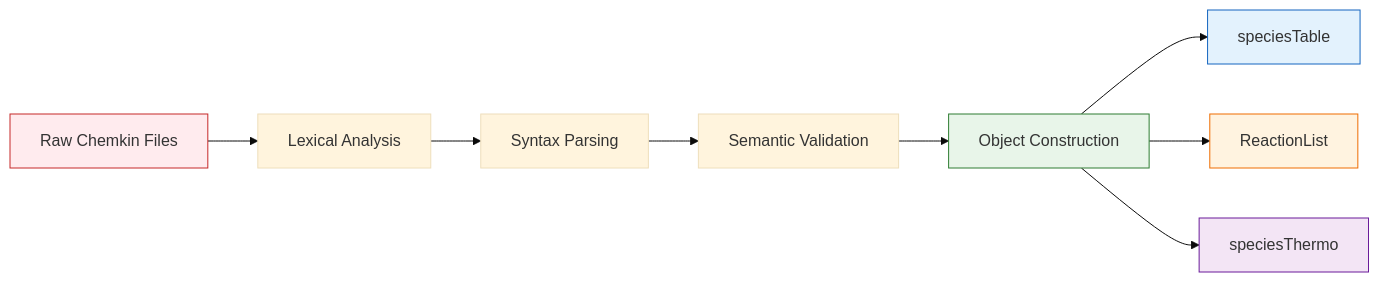
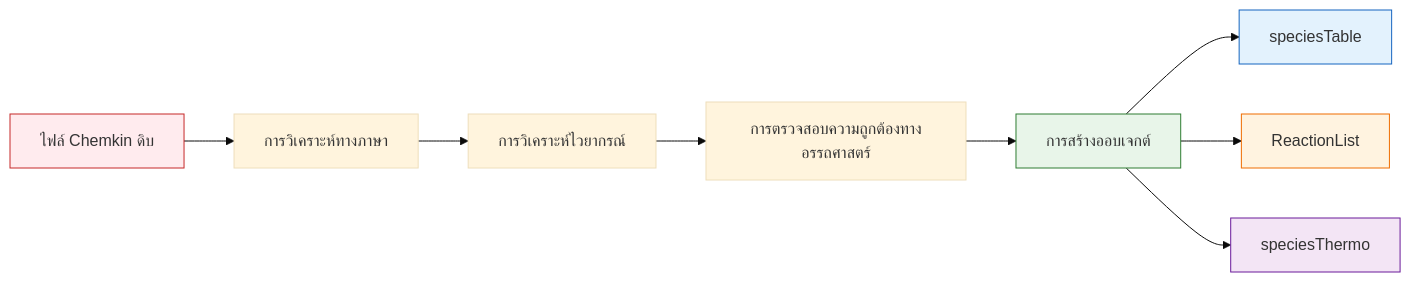
Before and after one commit to wramet/build-my-cfd: the second of 2 diagrams in MODULE_06_ADVANCED_PHYSICS/CONTENT/03_REACTING_FLOWS/04_Chemkin_Parsing.md, drawn with Mermaid (base theme). The commit also changed other lines of this file and 104 other files, not shown here.

````diff
--- a/MODULE_06_ADVANCED_PHYSICS/CONTENT/03_REACTING_FLOWS/04_Chemkin_Parsing.md
+++ b/MODULE_06_ADVANCED_PHYSICS/CONTENT/03_REACTING_FLOWS/04_Chemkin_Parsing.md
@@ -250,17 +250,17 @@
 ```mermaid
 flowchart LR
-    A[Raw Chemkin Files] --> B[Lexical Analysis]
-    B --> C[Syntax Parsing]
-    C --> D[Semantic Validation]
-    D --> E[Object Construction]
+    A[ไฟล์ Chemkin ดิบ] --> B[การวิเคราะห์ทางภาษา]
+    B --> C[การวิเคราะห์ไวยากรณ์]
+    C --> D[การตรวจสอบความถูกต้องทางอรรถศาสตร์]
+    D --> E[การสร้างออบเจกต์]
 
     E --> F[speciesTable]
     E --> G[ReactionList]
     E --> H[speciesThermo]
 
     style A fill:#ffebee,stroke:#c62828
     style E fill:#e8f5e9,stroke:#2e7d32
     style F fill:#e3f2fd,stroke:#1565c0
     style G fill:#fff3e0,stroke:#ef6c00
     style H fill:#f3e5f5,stroke:#6a1b9a
 ```
````
